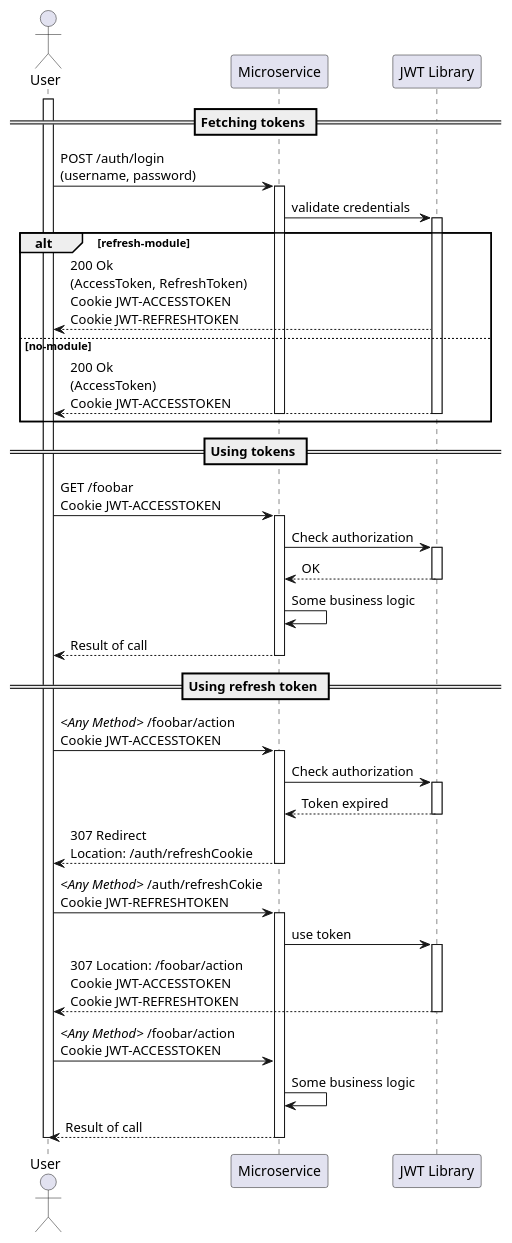
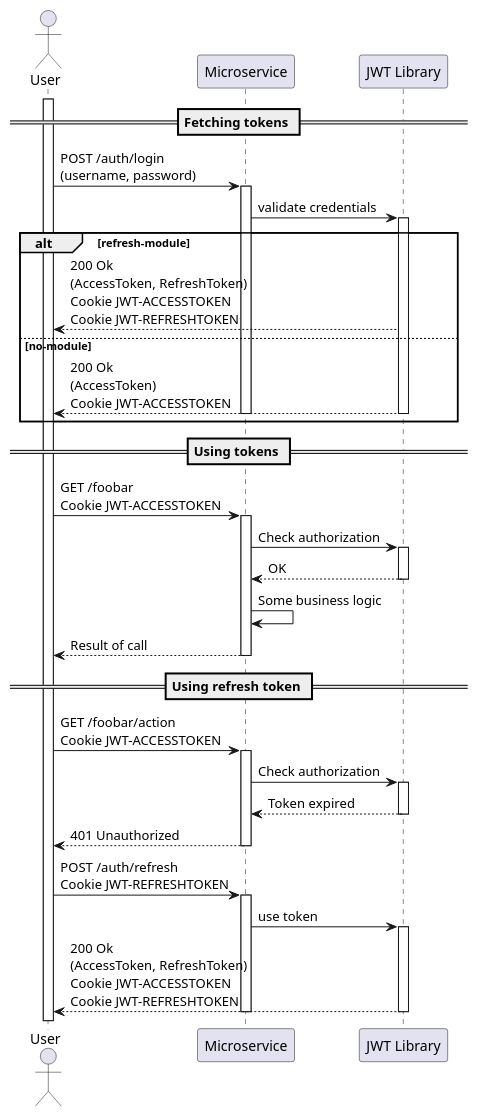
The diagram in doc/cookies.plantuml (bratkartoffel/security-jwt), drawn with PlantUML before and after one commit. The commit also changed 22 other files, not shown here.

First line of the commit message:
Remove the whole redirect stuff when using cookie refresh

```diff
--- a/doc/cookies.plantuml
+++ b/doc/cookies.plantuml
@@ -1,57 +1,54 @@
 @startuml
 
 actor "User" as u
 participant "Microservice" as ms
 participant "JWT Library" as jwtl
 
 == Fetching tokens ==
 activate u
 u -> ms: POST /auth/login\n(username, password)
 activate ms
 ms -> jwtl: validate credentials
 activate jwtl
 
 alt refresh-module
 jwtl --> u: 200 Ok\n(AccessToken, RefreshToken)\nCookie JWT-ACCESSTOKEN\nCookie JWT-REFRESHTOKEN
 else no-module
 jwtl --> u: 200 Ok\n(AccessToken)\nCookie JWT-ACCESSTOKEN
 deactivate jwtl
 deactivate ms
 end
 
 
 == Using tokens ==
 u -> ms: GET /foobar\nCookie JWT-ACCESSTOKEN
 activate ms
 ms -> jwtl: Check authorization
 activate jwtl
 jwtl --> ms: OK
 deactivate jwtl
 ms -> ms: Some business logic
 ms --> u: Result of call
 deactivate jwtl
 deactivate ms
 
 == Using refresh token ==
-u -> ms: //<Any Method>// /foobar/action\nCookie JWT-ACCESSTOKEN
+u -> ms: GET /foobar/action\nCookie JWT-ACCESSTOKEN
 activate ms
 ms -> jwtl: Check authorization
 activate jwtl
 jwtl --> ms: Token expired
 deactivate jwtl
 
-ms --> u: 307 Redirect\nLocation: /auth/refreshCookie
+ms --> u: 401 Unauthorized
 deactivate ms
-u -> ms: //<Any Method>// /auth/refreshCokie\nCookie JWT-REFRESHTOKEN
+u -> ms: POST /auth/refresh\nCookie JWT-REFRESHTOKEN
 activate ms
 ms -> jwtl: use token
 activate jwtl
-jwtl --> u: 307 Location: /foobar/action\nCookie JWT-ACCESSTOKEN\nCookie JWT-REFRESHTOKEN
+
+jwtl --> u: 200 Ok\n(AccessToken, RefreshToken)\nCookie JWT-ACCESSTOKEN\nCookie JWT-REFRESHTOKEN
 deactivate jwtl
-u -> ms: //<Any Method>// /foobar/action\nCookie JWT-ACCESSTOKEN
-ms -> ms: Some business logic
-ms --> u: Result of call
 deactivate ms
-deactivate u
 
 @enduml
```
